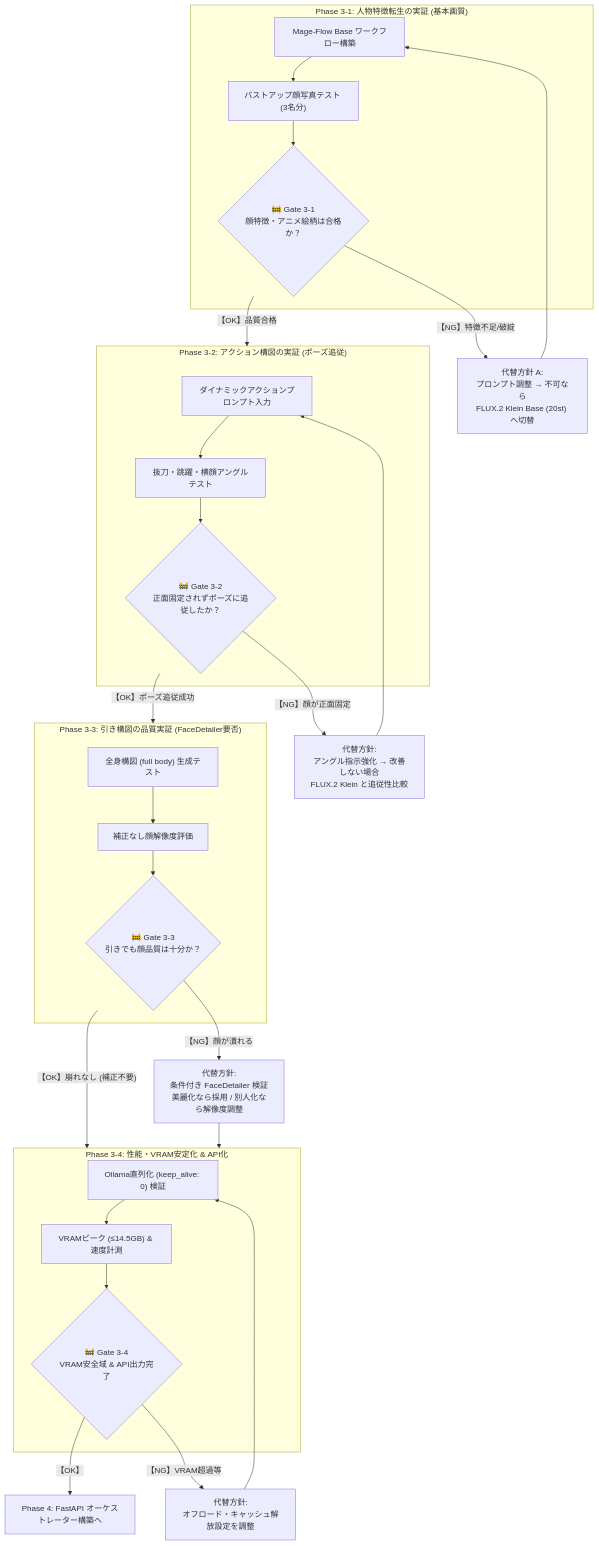
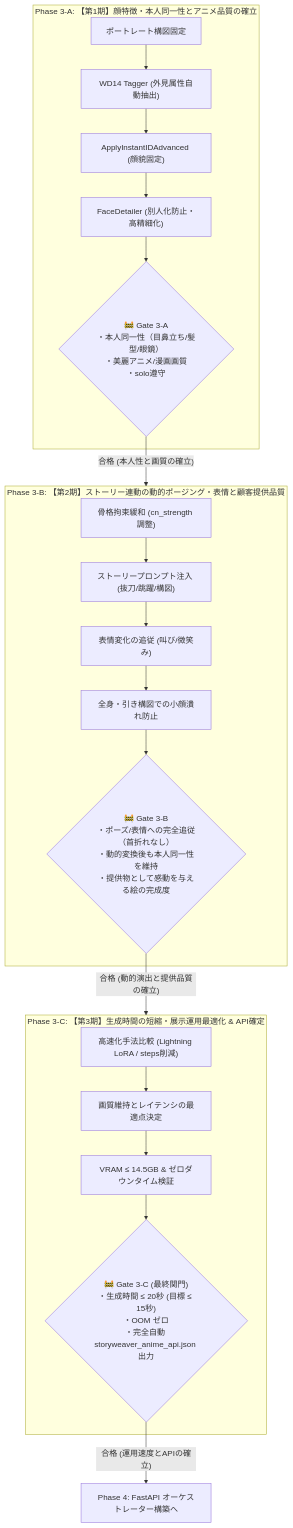
One commit to nasabanaru-sketch/StoryWeaver changed the third of 3 diagrams in docs/plans/README.md. Above: the diagram before and after it, drawn with Mermaid. The commit also changed other lines of this file and 2 other files, not shown here.

Commit message:
docs: Restructure Phase 3 into 3 major milestone phases (Identity -> Dynamic Story -> Latency Optimization) v4.0.0

````diff
--- a/docs/plans/README.md
+++ b/docs/plans/README.md
@@ -497,38 +485,29 @@
 ```mermaid
-graph TD
-    subgraph P31["Phase 3-1: 人物特徴転生の実証 (基本画質)"]
-        A1["Mage-Flow Base ワークフロー構築"] --> A2["バストアップ顔写真テスト (3名分)"]
-        A2 --> G31{"🚧 Gate 3-1<br>顔特徴・アニメ絵柄は合格か？"}
+flowchart TD
+    subgraph P3A["Phase 3-A: 【第1期】顔特徴・本人同一性とアニメ品質の確立"]
+        A1["ポートレート構図固定"] --> A2["WD14 Tagger (外見属性自動抽出)"]
+        A2 --> A3["ApplyInstantIDAdvanced (顔貌固定)"]
+        A3 --> A4["FaceDetailer (別人化防止・高精細化)"]
+        A4 --> GA{"🚧 Gate 3-A<br>・本人同一性（目鼻立ち/髪型/眼鏡）<br>・美麗アニメ/漫画画質<br>・solo遵守"}
     end
 
-    subgraph P32["Phase 3-2: アクション構図の実証 (ポーズ追従)"]
-        B1["ダイナミックアクションプロンプト入力"] --> B2["抜刀・跳躍・横顔アングルテスト"]
-        B2 --> G32{"🚧 Gate 3-2<br>正面固定されずポーズに追従したか？"}
+    subgraph P3B["Phase 3-B: 【第2期】ストーリー連動の動的ポージング・表情と顧客提供品質"]
+        B1["骨格拘束緩和 (cn_strength 調整)"] --> B2["ストーリープロンプト注入 (抜刀/跳躍/構図)"]
+        B2 --> B3["表情変化の追従 (叫び/微笑み)"]
+        B3 --> B4["全身・引き構図での小顔潰れ防止"]
+        B4 --> GB{"🚧 Gate 3-B<br>・ポーズ/表情への完全追従（首折れなし）<br>・動的変換後も本人同一性を維持<br>・提供物として感動を与える絵の完成度"}
     end
 
-    subgraph P33["Phase 3-3: 引き構図の品質実証 (FaceDetailer要否)"]
-        C1["全身構図 (full body) 生成テスト"] --> C2["補正なし顔解像度評価"]
-        C2 --> G33{"🚧 Gate 3-3<br>引きでも顔品質は十分か？"}
+    subgraph P3C["Phase 3-C: 【第3期】生成時間の短縮・展示運用最適化 & API確定"]
+        C1["高速化手法比較 (Lightning LoRA / steps削減)"] --> C2["画質維持とレイテンシの最適点決定"]
+        C2 --> C3["VRAM ≤ 14.5GB & ゼロダウンタイム検証"]
+        C3 --> GC{"🚧 Gate 3-C (最終関門)<br>・生成時間 ≤ 20秒 (目標 ≤ 15秒)<br>・OOM ゼロ<br>・完全自動 storyweaver_anime_api.json 出力"}
     end
 
-    subgraph P34["Phase 3-4: 性能・VRAM安定化 & API化"]
-        D1["Ollama直列化 (keep_alive: 0) 検証"] --> D2["VRAMピーク (≤14.5GB) & 速度計測"]
-        D2 --> G34{"🚧 Gate 3-4<br>VRAM安全域 & API出力完了"}
-    end
+    GA -- "合格 (本人性と画質の確立)" --> P3B
+    GB -- "合格 (動的演出と提供品質の確立)" --> P3C
+    GC -- "合格 (運用速度とAPIの確立)" --> PHASE4["Phase 4: FastAPI オーケストレーター構築へ"]
 
-    G31 -- "【OK】品質合格" --> P32
-    G31 -- "【NG】特徴不足/破綻" --> Alt1["代替方針 A:<br>プロンプト調整 → 不可なら<br>FLUX.2 Klein Base (20st) へ切替"]
-    Alt1 --> A1
-
-    G32 -- "【OK】ポーズ追従成功" --> P33
-    G32 -- "【NG】顔が正面固定" --> Alt2["代替方針:<br>アングル指示強化 → 改善しない場合<br>FLUX.2 Klein と追従性比較"]
-    Alt2 --> B1
-
-    G33 -- "【OK】崩れなし (補正不要)" --> P34
-    G33 -- "【NG】顔が潰れる" --> Alt3["代替方針:<br>条件付き FaceDetailer 検証<br>美麗化なら採用 / 別人化なら解像度調整"]
-    Alt3 --> P34
-
-    G34 -- "【OK】" --> NEXT["Phase 4: FastAPI オーケストレーター構築へ"]
-    G34 -- "【NG】VRAM超過等" --> Alt4["代替方針:<br>オフロード・キャッシュ解放設定を調整"]
-    Alt4 --> D1
+    classDef gate fill:#d97706,stroke:#fcd34d,color:#fff;
+    classDef phase4 fill:#16a34a,stroke:#22c55e,color:#fff;
 ```
````
